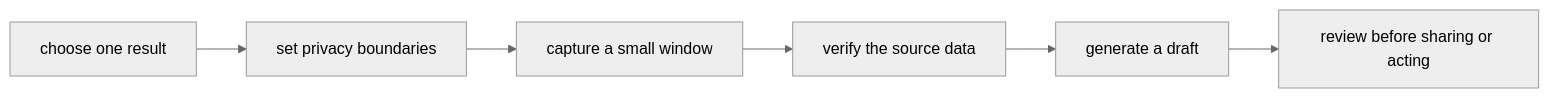
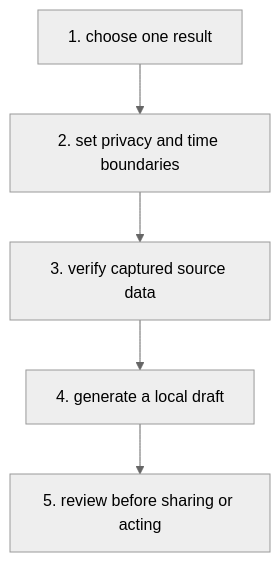
One commit to abhinavk0714/korero-screenpipe changed the diagram in docs/mintlify/docs-mintlify-mig-tmp/use-cases.mdx. Above: the diagram before and after it, drawn with Mermaid (neutral theme). The commit also changed other lines of this file and 21 other files, not shown here.

````diff
--- a/docs/mintlify/docs-mintlify-mig-tmp/use-cases.mdx
+++ b/docs/mintlify/docs-mintlify-mig-tmp/use-cases.mdx
@@ -25,8 +67,7 @@
 ```mermaid
-flowchart LR
-    A["choose one result"] --> B["set privacy boundaries"]
-    B --> C["capture a small window"]
-    C --> D["verify the source data"]
-    D --> E["generate a draft"]
-    E --> F["review before sharing or acting"]
+flowchart TD
+    A["1. choose one result"] --> B["2. set privacy and time boundaries"]
+    B --> C["3. verify captured source data"]
+    C --> D["4. generate a local draft"]
+    D --> E["5. review before sharing or acting"]
 ```
````
